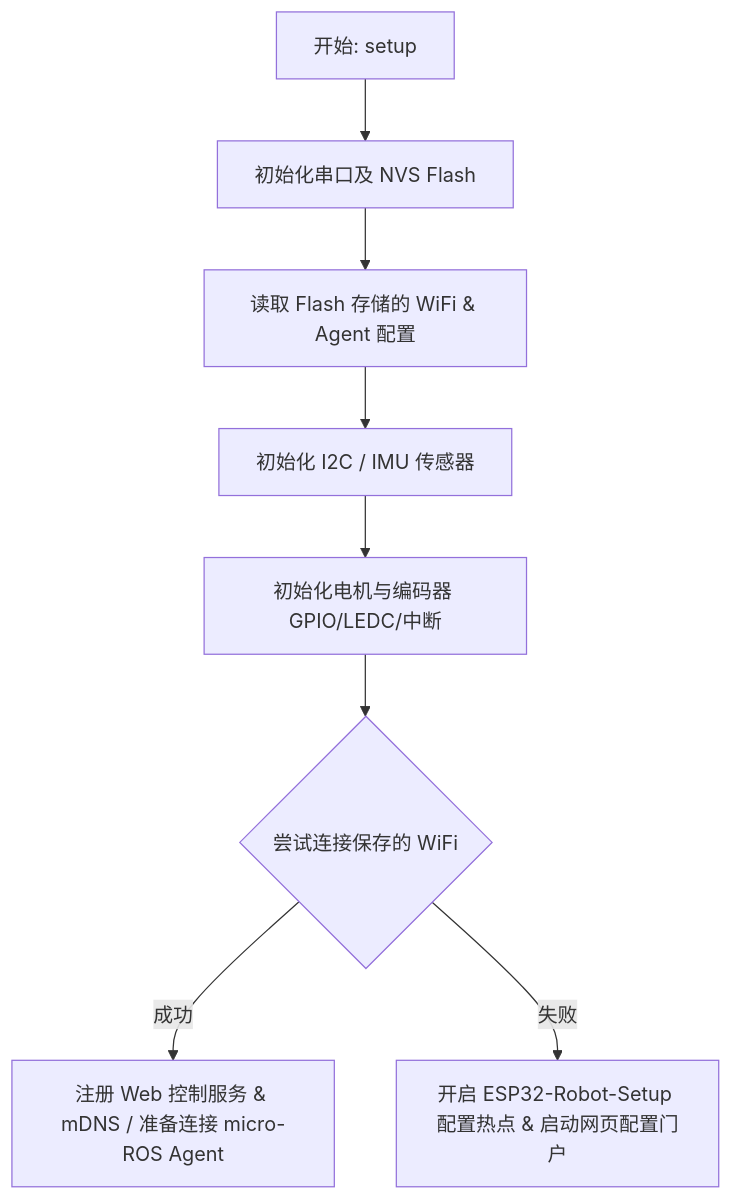
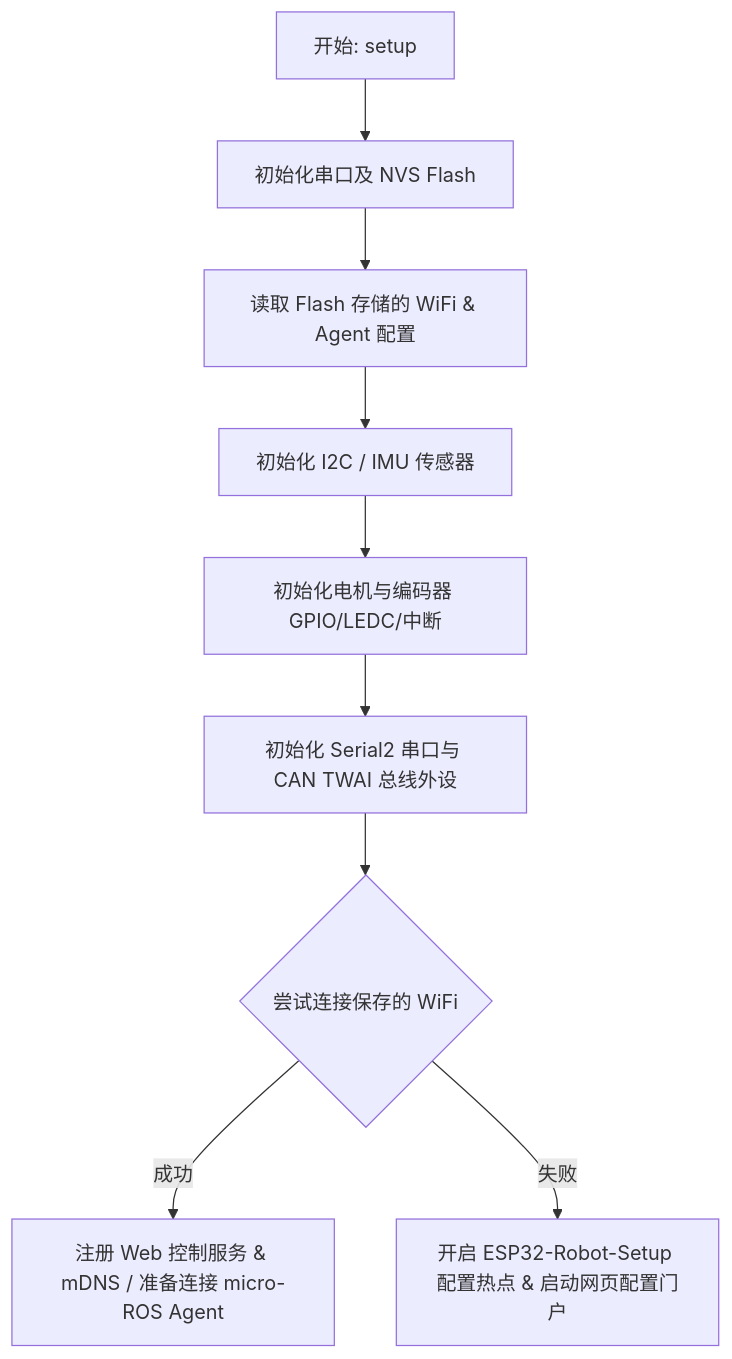
Before and after one commit to 501Ranger/esp32-micro-ros-driver: the diagram in ARCHITECTURE.md, drawn with Mermaid. The commit also changed other lines of this file and 10 other files, not shown here.

````diff
--- a/ARCHITECTURE.md
+++ b/ARCHITECTURE.md
@@ -97,10 +99,11 @@
 ```mermaid
 graph TD
     A[开始: setup] --> B[初始化串口及 NVS Flash]
     B --> C[读取 Flash 存储的 WiFi & Agent 配置]
     C --> D[初始化 I2C / IMU 传感器]
     D --> E[初始化电机与编码器 GPIO/LEDC/中断]
-    E --> F{尝试连接保存的 WiFi}
-    F -- 成功 --> G[注册 Web 控制服务 & mDNS / 准备连接 micro-ROS Agent]
-    F -- 失败 --> H[开启 ESP32-Robot-Setup 配置热点 & 启动网页配置门户]
+    E --> F[初始化 Serial2 串口与 CAN TWAI 总线外设]
+    F --> G{尝试连接保存的 WiFi}
+    G -- 成功 --> H[注册 Web 控制服务 & mDNS / 准备连接 micro-ROS Agent]
+    G -- 失败 --> I[开启 ESP32-Robot-Setup 配置热点 & 启动网页配置门户]
 ```
````
